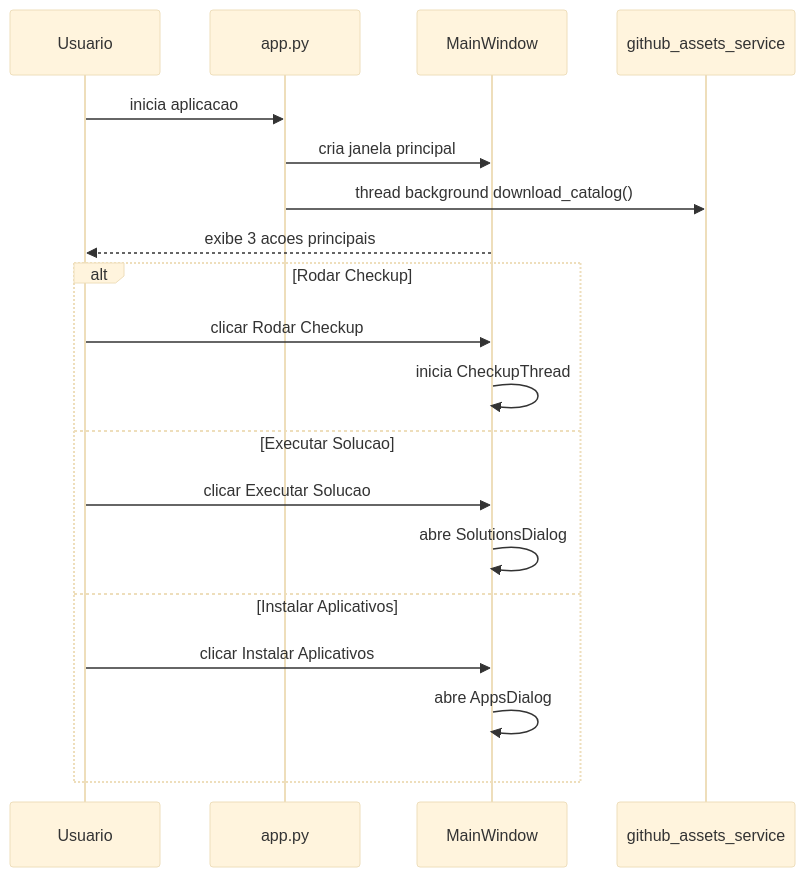
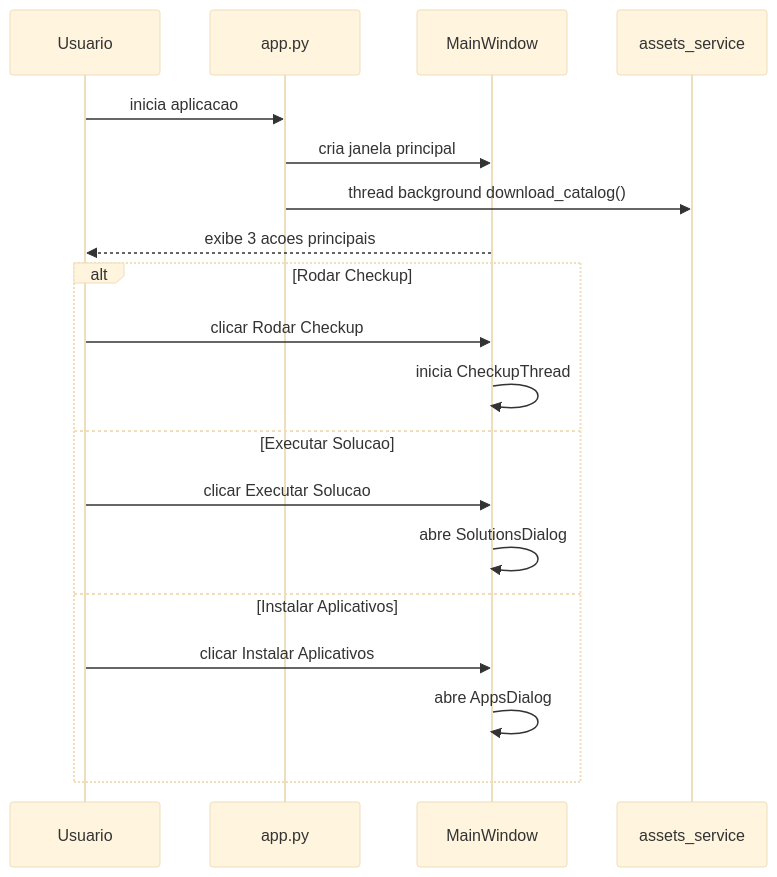
Before and after one commit to valter-junnior/sas-caema: the second of 7 diagrams in docs/diagramas.md, drawn with Mermaid (base theme). The commit also changed other lines of this file and 9 other files, not shown here.

Commit message:
feat: update app distribution flow to use dedicated remote assets host

````diff
--- a/docs/diagramas.md
+++ b/docs/diagramas.md
@@ -39,23 +39,23 @@
 ```mermaid
 sequenceDiagram
     participant User as Usuario
     participant App as app.py
     participant Main as MainWindow
-    participant Git as github_assets_service
+    participant Assets as assets_service
 
     User->>App: inicia aplicacao
     App->>Main: cria janela principal
-    App->>Git: thread background download_catalog()
+    App->>Assets: thread background download_catalog()
     Main-->>User: exibe 3 acoes principais
 
     alt Rodar Checkup
         User->>Main: clicar Rodar Checkup
         Main->>Main: inicia CheckupThread
     else Executar Solucao
         User->>Main: clicar Executar Solucao
         Main->>Main: abre SolutionsDialog
     else Instalar Aplicativos
         User->>Main: clicar Instalar Aplicativos
         Main->>Main: abre AppsDialog
     end
 ```
````
